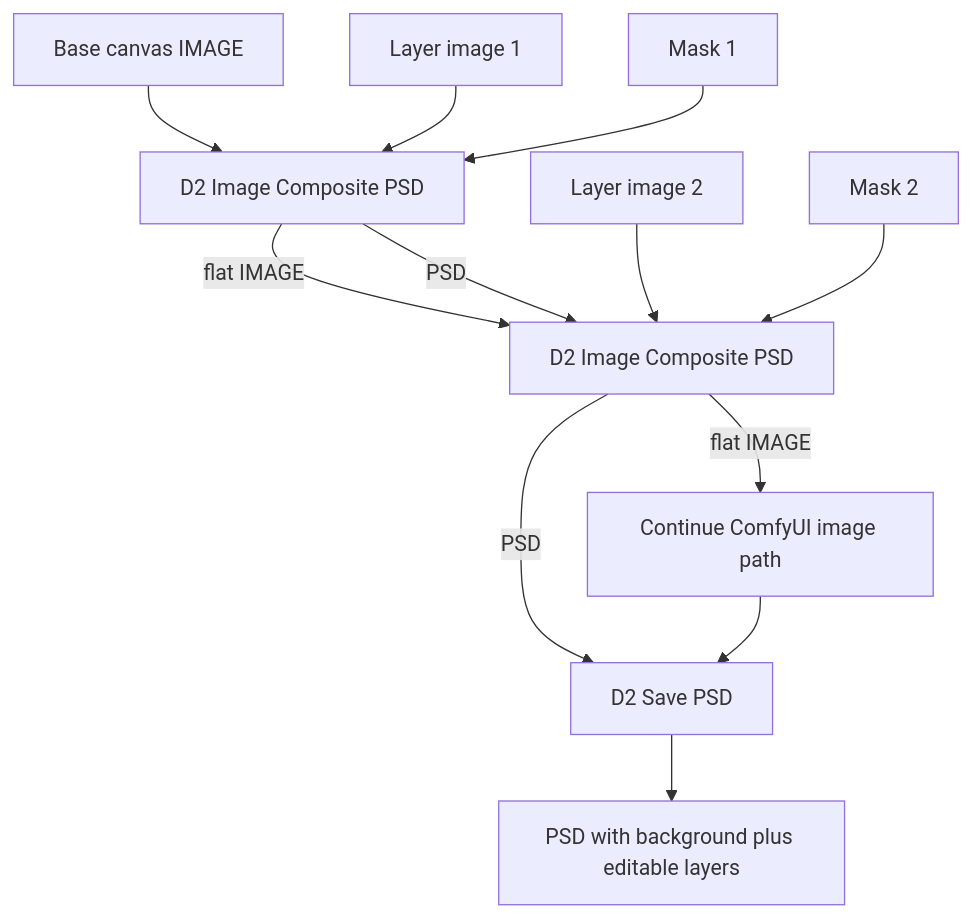
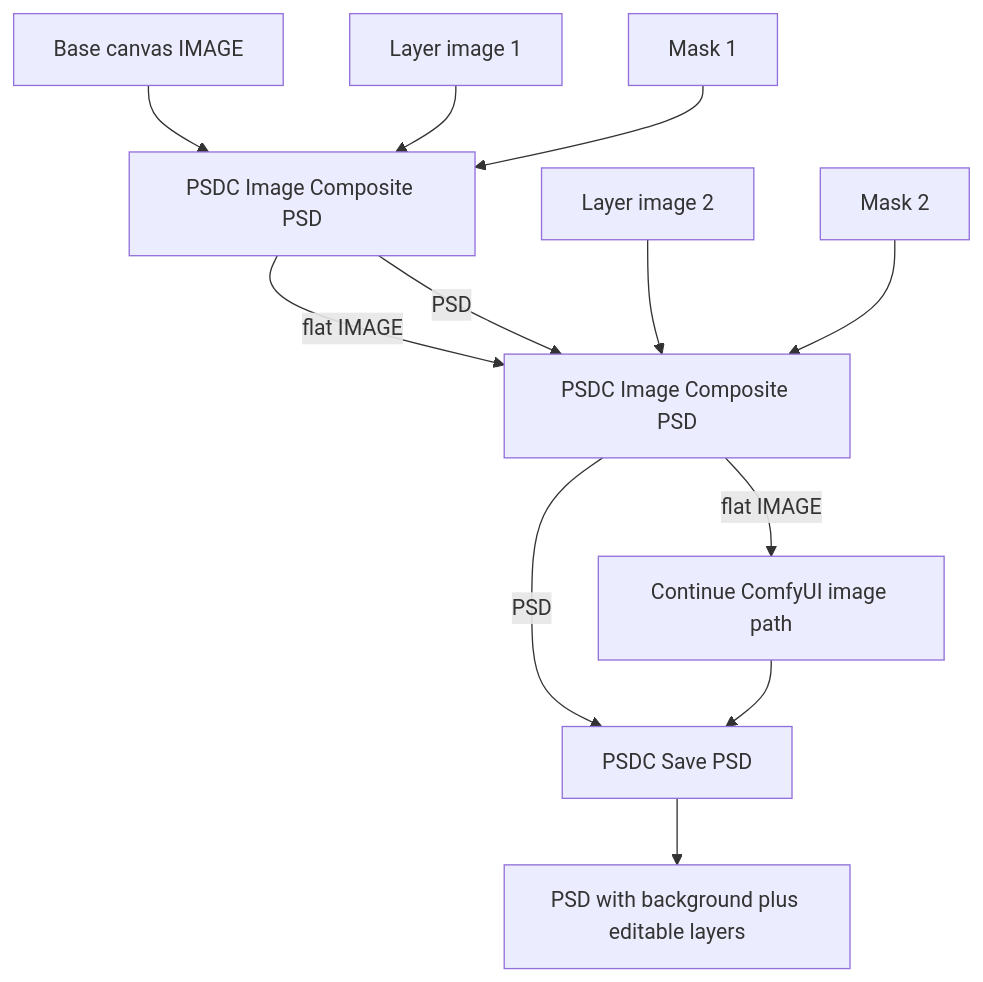
The second of 3 diagrams in README_en.md (glaseagle/PSDC), drawn with Mermaid before and after one commit. The commit also changed other lines of this file and 5 other files, not shown here.

````diff
--- a/README_en.md
+++ b/README_en.md
@@ -157,14 +160,14 @@
 ```mermaid
 flowchart TB
-    B["Base canvas IMAGE"] --> C1["D2 Image Composite PSD"]
+    B["Base canvas IMAGE"] --> C1["PSDC Image Composite PSD"]
     I1["Layer image 1"] --> C1
     M1["Mask 1"] --> C1
-    C1 -- "flat IMAGE" --> C2["D2 Image Composite PSD"]
+    C1 -- "flat IMAGE" --> C2["PSDC Image Composite PSD"]
     C1 -- "PSD" --> C2
     I2["Layer image 2"] --> C2
     M2["Mask 2"] --> C2
     C2 -- "flat IMAGE" --> Next["Continue ComfyUI image path"]
-    C2 -- "PSD" --> S["D2 Save PSD"]
+    C2 -- "PSD" --> S["PSDC Save PSD"]
     Next --> S
     S --> P["PSD with background plus editable layers"]
 ```
````
